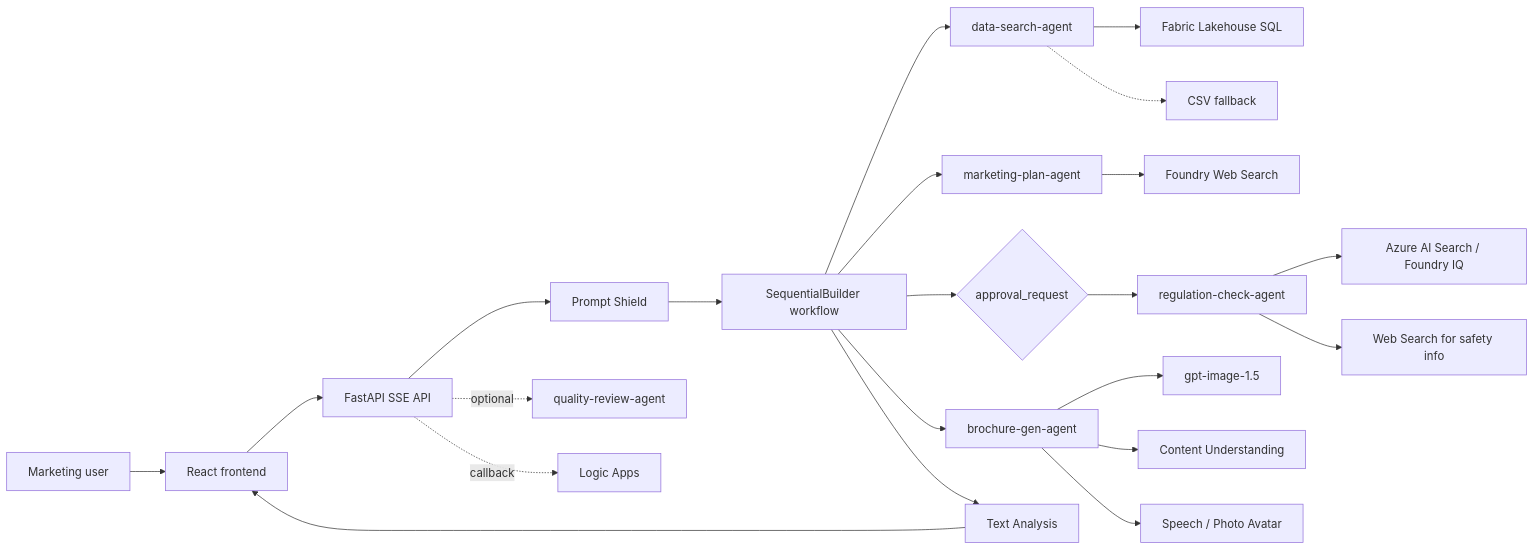
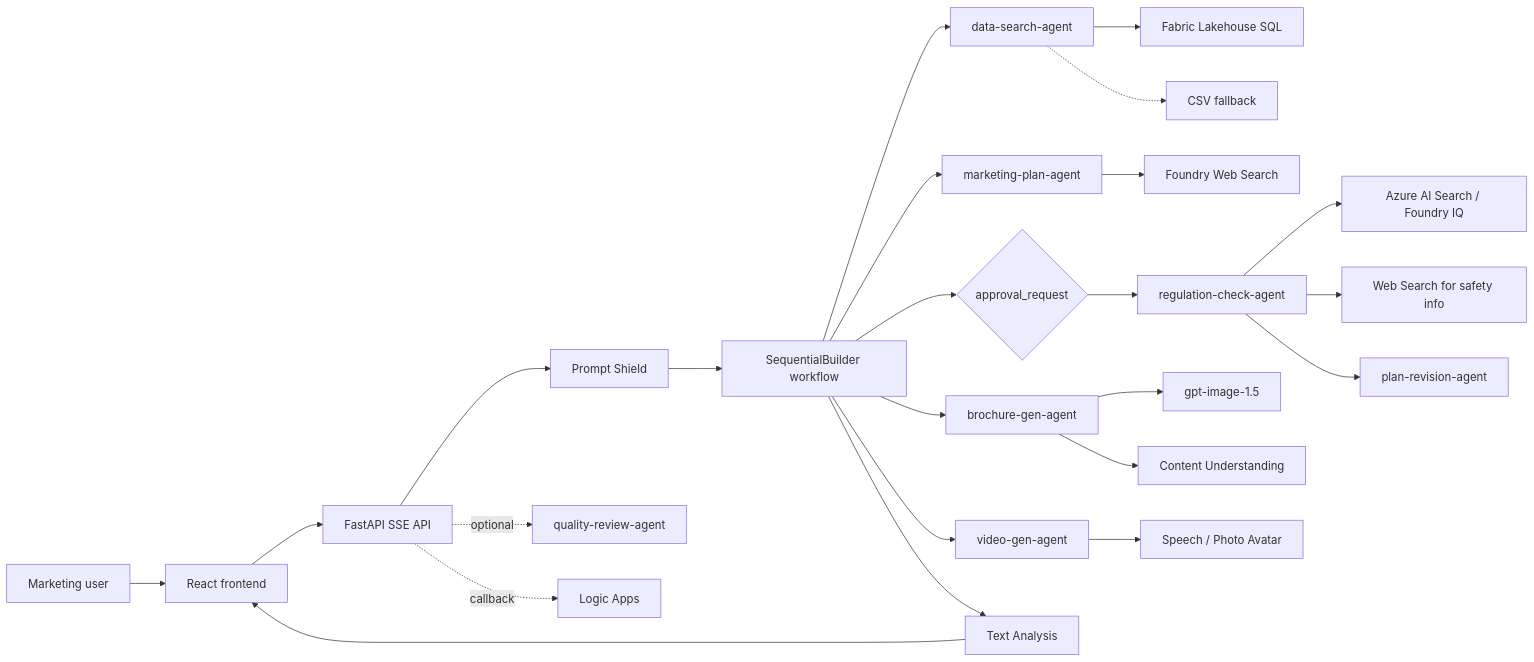
The diagram in README.md (naoki1213mj/travel-marketing-ai), drawn with Mermaid before and after one commit. The commit also changed other lines of this file and 6 other files, not shown here.

````diff
--- a/README.md
+++ b/README.md
@@ -39,24 +40,26 @@
 ```mermaid
 flowchart LR
     user[Marketing user] --> ui[React frontend]
     ui --> api[FastAPI SSE API]
     api --> shield[Prompt Shield]
     shield --> flow[SequentialBuilder workflow]
     flow --> a1[data-search-agent]
     a1 --> fabric[Fabric Lakehouse SQL]
     a1 -.-> csv[CSV fallback]
     flow --> a2[marketing-plan-agent]
     a2 --> web[Foundry Web Search]
     flow --> approval{approval_request}
-    approval --> a3[regulation-check-agent]
-    a3 --> kb[Azure AI Search / Foundry IQ]
-    a3 --> safeweb[Web Search for safety info]
+    approval --> a3a[regulation-check-agent]
+    a3a --> kb[Azure AI Search / Foundry IQ]
+    a3a --> safeweb[Web Search for safety info]
+    a3a --> a3b[plan-revision-agent]
     flow --> a4[brochure-gen-agent]
     a4 --> image[gpt-image-1.5]
     a4 --> cu[Content Understanding]
-    a4 --> speech[Speech / Photo Avatar]
+    flow --> a5[video-gen-agent]
+    a5 --> speech[Speech / Photo Avatar]
     flow --> output[Text Analysis]
     output --> ui
     api -. optional .-> review[quality-review-agent]
     api -. callback .-> logic[Logic Apps]
 ```
````
